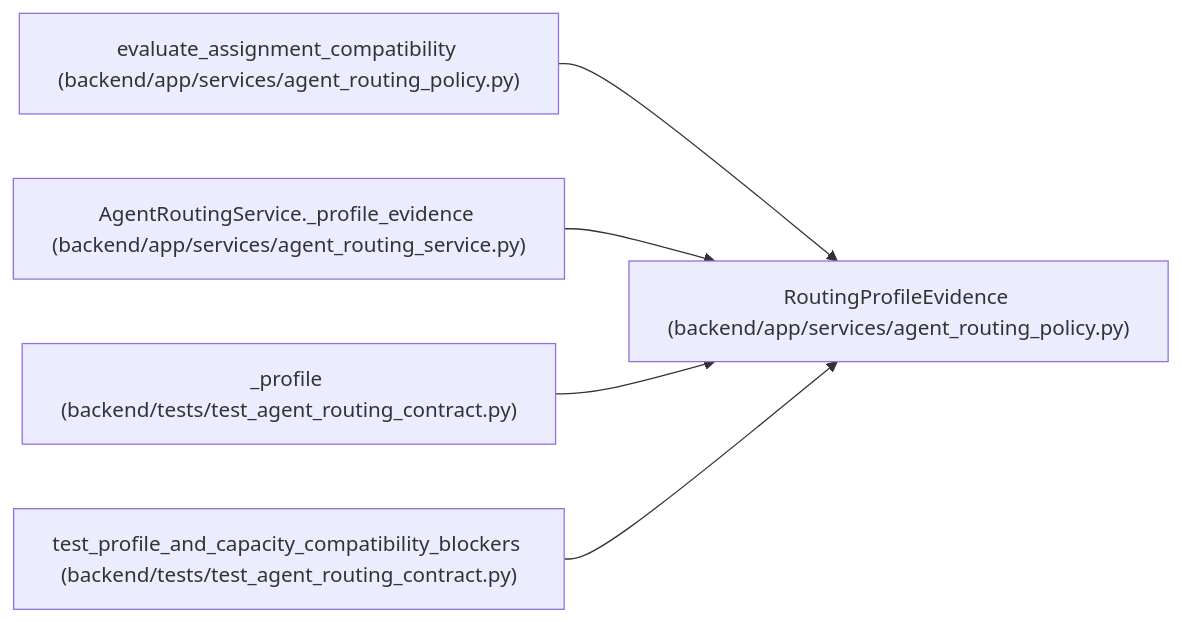
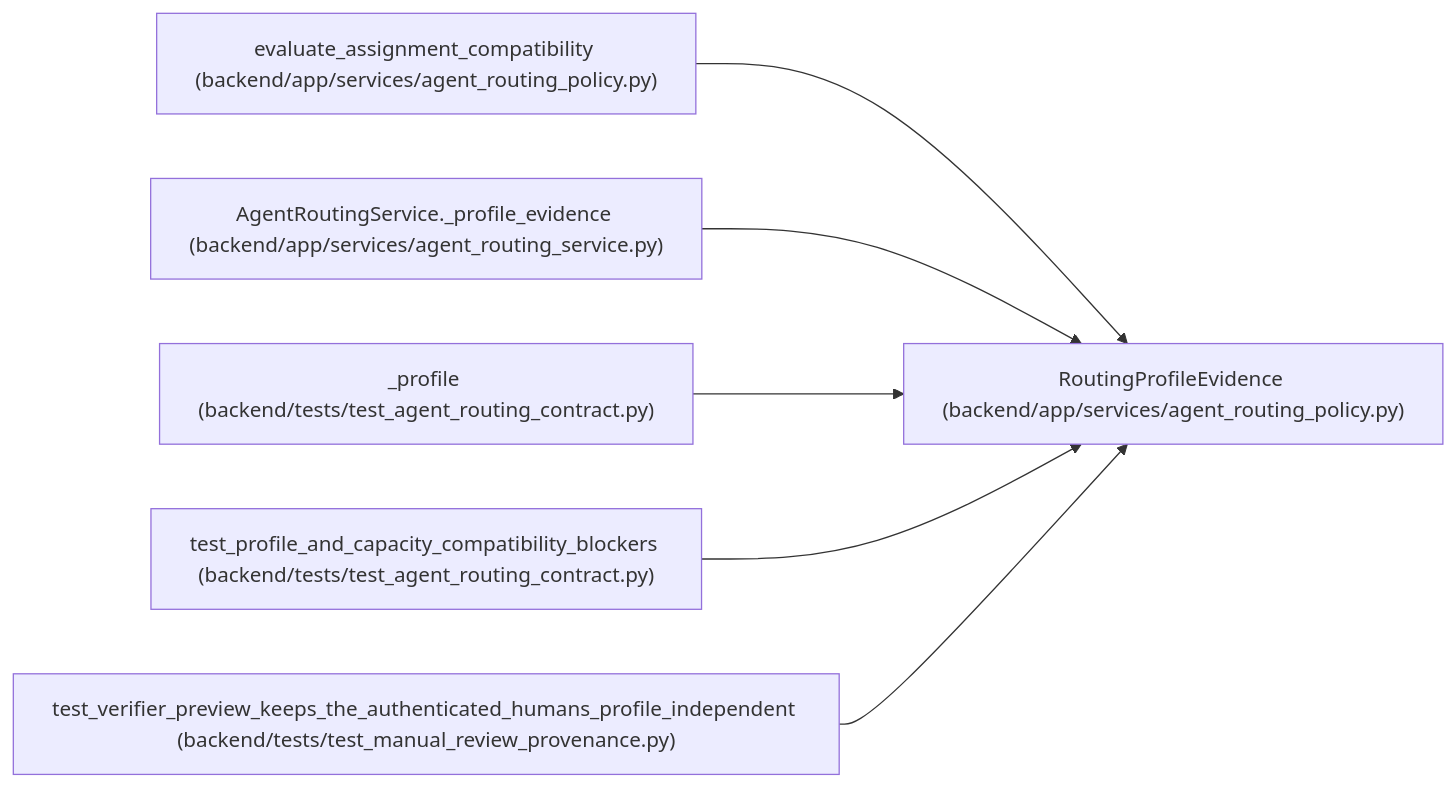
The diagram in docs/llm_wiki/entities/RoutingProfileEvidence.md (Denissvgn/WorkChord), drawn with Mermaid before and after one commit. The commit also changed other lines of this file and 2373 other files, not shown here.

````diff
--- a/docs/llm_wiki/entities/RoutingProfileEvidence.md
+++ b/docs/llm_wiki/entities/RoutingProfileEvidence.md
@@ -32,17 +32,20 @@
 ```mermaid
 flowchart LR
     n0["RoutingProfileEvidence (backend/app/services/agent_routing_policy.py)"]
     n1["evaluate_assignment_compatibility (backend/app/services/agent_routing_policy.py)"]
     n2["AgentRoutingService._profile_evidence (backend/app/services/agent_routing_service.py)"]
     n3["_profile (backend/tests/test_agent_routing_contract.py)"]
     n4["test_profile_and_capacity_compatibility_blockers (backend/tests/test_agent_routing_contract.py)"]
+    n5["test_verifier_preview_keeps_the_authenticated_humans_profile_independent (backend/tests/test_manual_review_provenance.py)"]
     n1 --> n0
     n2 --> n0
     n3 --> n0
     n4 --> n0
+    n5 --> n0
     click n0 "../modules/agent_routing_policy.md"
     click n1 "../modules/agent_routing_policy.md"
     click n2 "../modules/agent_routing_service.md"
     click n3 "../modules/test_agent_routing_contract.md"
     click n4 "../modules/test_agent_routing_contract.md"
+    click n5 "../modules/test_manual_review_provenance.md"
 ```
````
